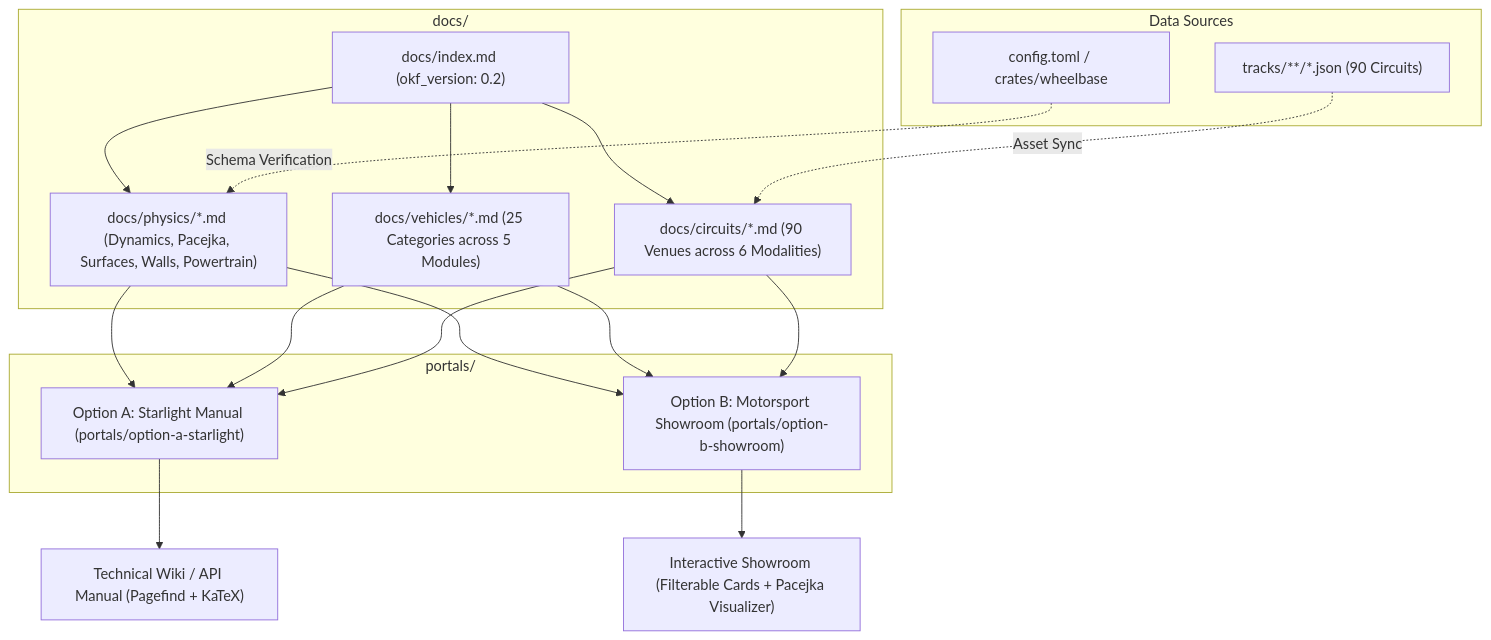
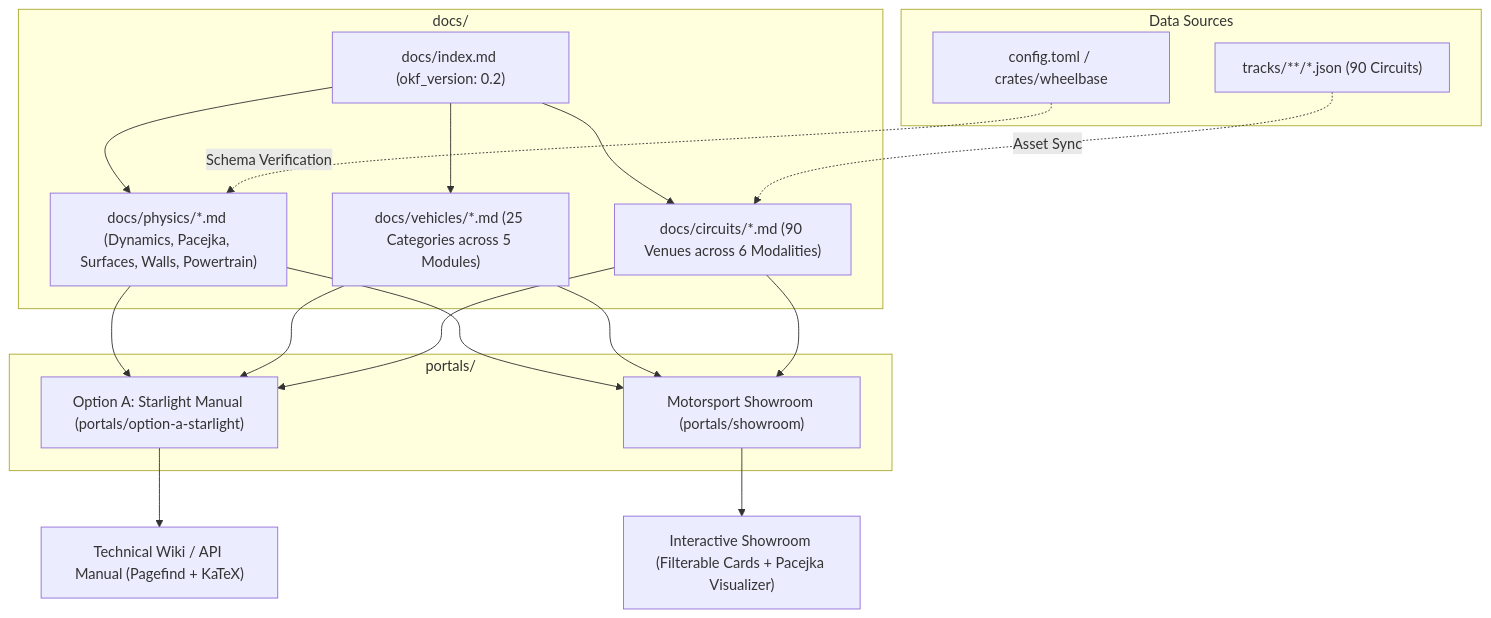
Before and after one commit to magomar/tdrace: the second of 2 diagrams in specs/011_game_asset_catalogue_and_physics_reference_portals.md, drawn with Mermaid. The commit also changed other lines of this file and 25 other files, not shown here.

Commit message:
refactor(portals): rename option-b-showroom to showroom

````diff
--- a/specs/011_game_asset_catalogue_and_physics_reference_portals.md
+++ b/specs/011_game_asset_catalogue_and_physics_reference_portals.md
@@ -43,37 +43,37 @@
 ```mermaid
 graph TD
     subgraph Data Sources
         GAME_CFG["config.toml / crates/wheelbase"]
         TRACK_DATA["tracks/**/*.json (90 Circuits)"]
     end
 
     subgraph OKF v0.2 Canonical Knowledge Graph [docs/]
         IDX["docs/index.md (okf_version: 0.2)"]
         PHYS["docs/physics/*.md (Dynamics, Pacejka, Surfaces, Walls, Powertrain)"]
         VEH["docs/vehicles/*.md (25 Categories across 5 Modules)"]
         CIRC["docs/circuits/*.md (90 Venues across 6 Modalities)"]
         
         IDX --> PHYS
         IDX --> VEH
         IDX --> CIRC
     end
 
     GAME_CFG -.->|Schema Verification| PHYS
     TRACK_DATA -.->|Asset Sync| CIRC
 
     subgraph Dual Astro Web Portals [portals/]
         OPT_A["Option A: Starlight Manual (portals/option-a-starlight)"]
-        OPT_B["Option B: Motorsport Showroom (portals/option-b-showroom)"]
+        OPT_B["Motorsport Showroom (portals/showroom)"]
     end
 
     PHYS --> OPT_A
     VEH --> OPT_A
     CIRC --> OPT_A
 
     PHYS --> OPT_B
     VEH --> OPT_B
     CIRC --> OPT_B
 
     OPT_A --> OUT_A["Technical Wiki / API Manual (Pagefind + KaTeX)"]
     OPT_B --> OUT_B["Interactive Showroom (Filterable Cards + Pacejka Visualizer)"]
 ```
````
